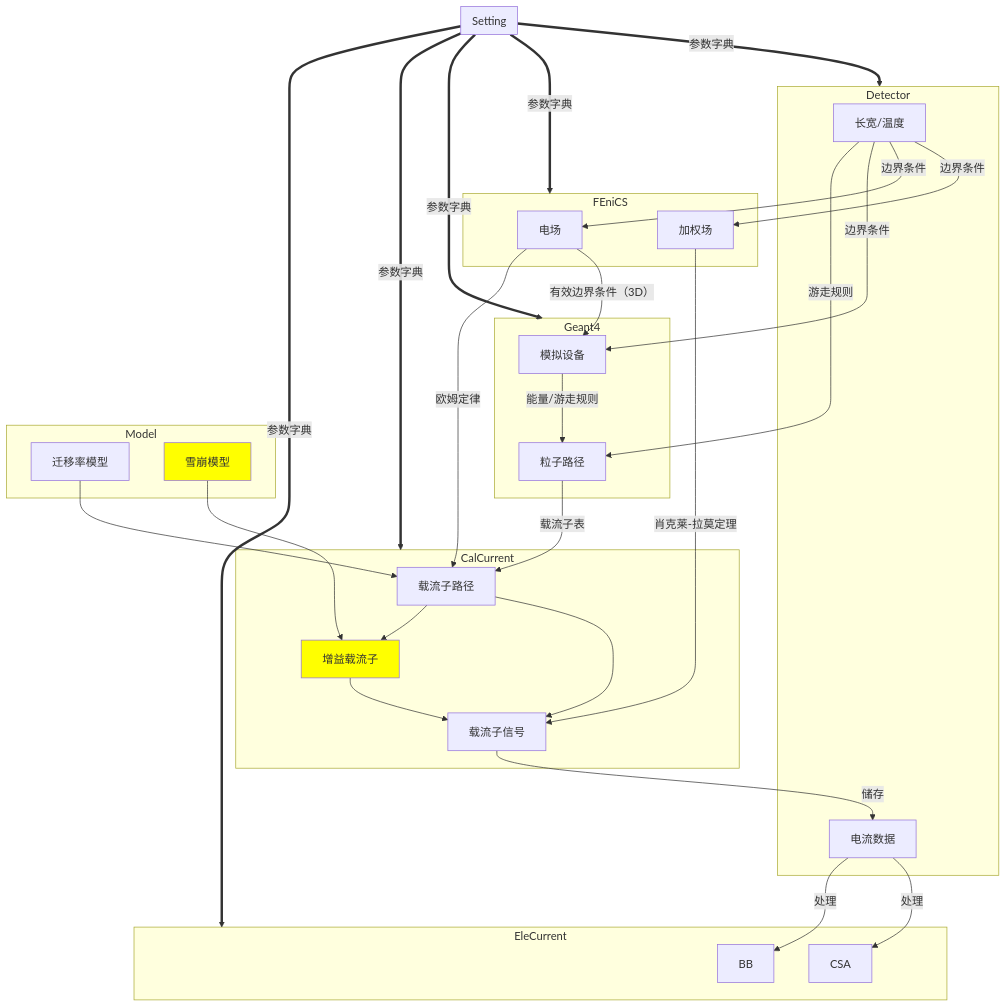
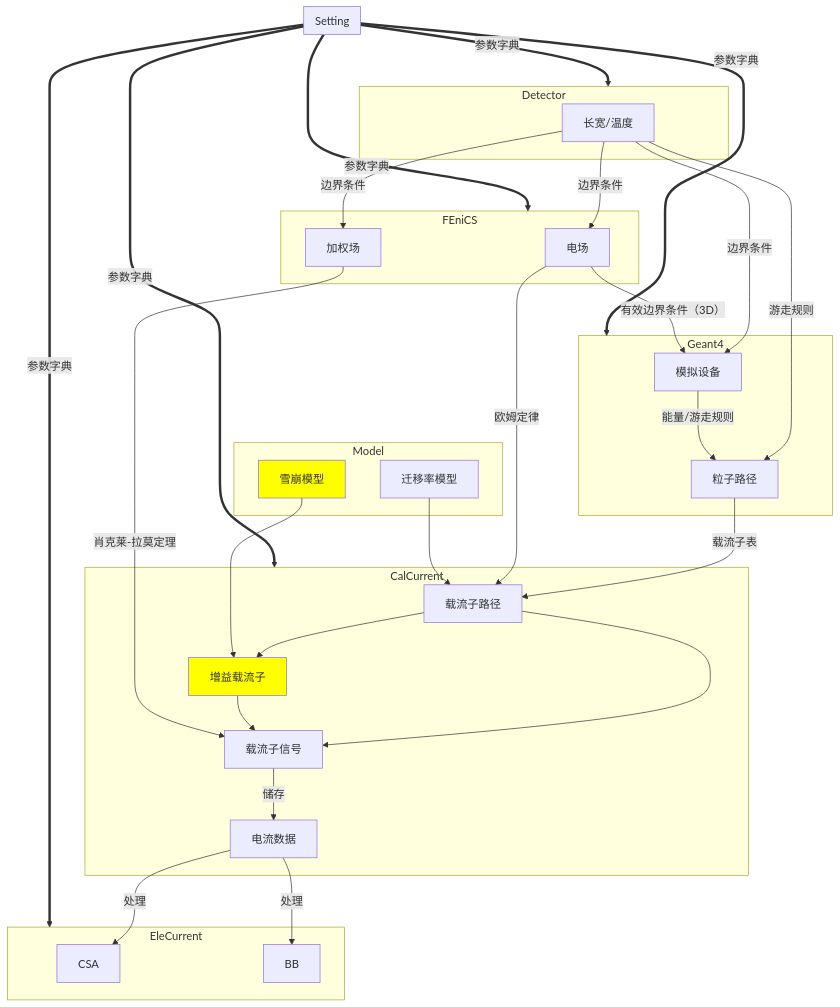
The diagram in note/Knowledge Base/Computer/raser.md (KaiboXie/raser), drawn with Mermaid before and after one commit. The commit also changed 1 other file, not shown here.

Commit message:
modified:   "note/Authors/Students/\347\254\246\346\231\250\346\233\246.md" 	modified:   note/Knowledge Base/Computer/raser.md

````diff
--- a/note/Knowledge Base/Computer/raser.md
+++ b/note/Knowledge Base/Computer/raser.md
@@ -139,62 +139,62 @@
 ```mermaid
 flowchart TD
 
 Setting==参数字典==>Detector & FEniCS & Geant4 & CalCurrent & EleCurrent
 
 subgraph Setting
 end
 
 subgraph Detector
-长宽/温度 & 电流数据
+长宽/温度
 end
 
 subgraph FEniCS
 电场 & 加权场
 end
 
 subgraph Geant4
 模拟设备 & 粒子路径
 end
 
 subgraph CalCurrent
-载流子路径 & 载流子信号 & 增益载流子
+载流子路径 & 载流子信号 & 增益载流子 & 电流数据
 style 增益载流子 fill:#ff0
 end
 
 subgraph Model
 迁移率模型 & 雪崩模型
 style 雪崩模型 fill:#ff0
 end
 
 subgraph EleCurrent
 CSA & BB
 end
 
 长宽/温度--边界条件-->加权场 & 电场 & 模拟设备
 
 长宽/温度--游走规则-->粒子路径
 
 电场--"有效边界条件（3D）"-->模拟设备
 
 模拟设备--能量/游走规则-->粒子路径
 
 粒子路径--载流子表-->载流子路径
 
 电场--欧姆定律-->载流子路径
 
 迁移率模型-->载流子路径
 
 载流子路径-->载流子信号
 
 载流子路径-->增益载流子
 
 雪崩模型-->增益载流子
 
 增益载流子-->载流子信号
 
 加权场--肖克莱-拉莫定理-->载流子信号
 
 载流子信号--储存-->电流数据
 
 电流数据--处理-->CSA & BB
 ```
````
